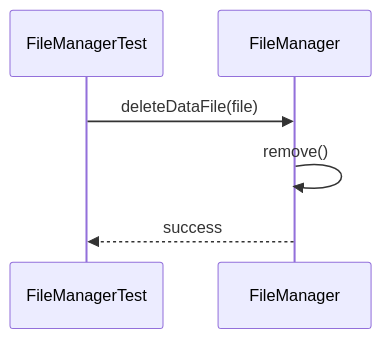
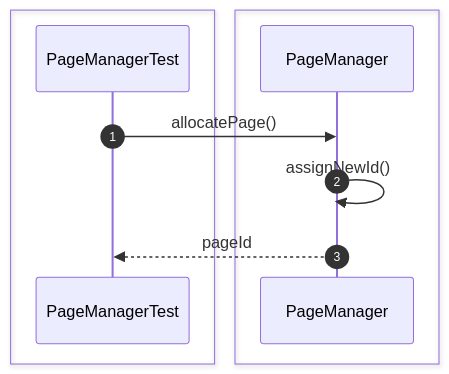
Before and after one commit to Huy1801214/dbms-architecture: diagram 16 of 52 in src/sequence/storage-engine.md, drawn with Mermaid. The commit also changed other lines of this file and 10 other files, not shown here.

Commit message:
add comprehensive sequence diagrams and documentation for system architecture and unit testing specifications

````diff
--- a/src/sequence/storage-engine.md
+++ b/src/sequence/storage-engine.md
@@ -254,11 +276,15 @@
 ```mermaid
 sequenceDiagram
-    participant Test as FileManagerTest
-    participant File as FileManager
+    autonumber
 
-    Test->>File: deleteDataFile(file)
+    box #e1f5fe Test Suite
+    participant Test as PageManagerTest
+    end
+    box #e0f2f1 Storage Components
+    participant PageManager as PageManager
+    end
 
-    File->>File: remove()
-
-    File-->>Test: success
+    Test->>PageManager: allocatePage()
+    PageManager->>PageManager: assignNewId()
+    PageManager-->>Test: pageId
 ```
````
